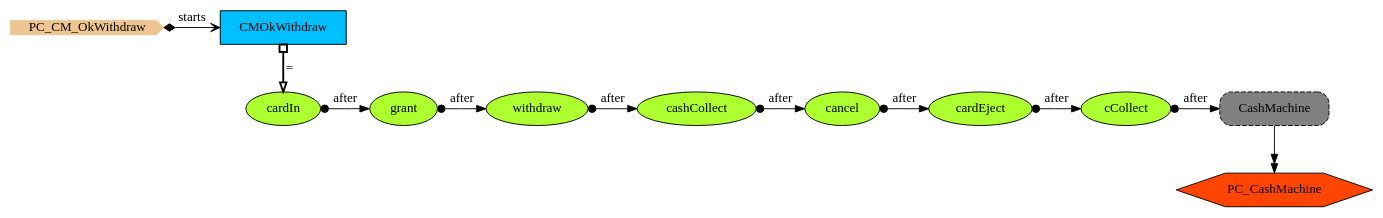
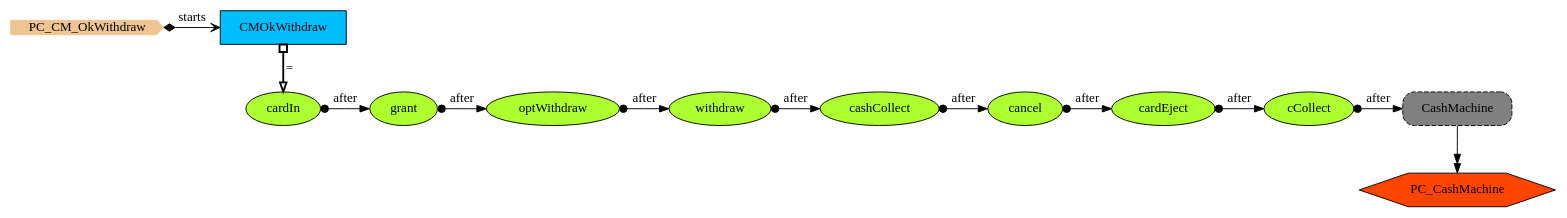
Before and after one commit to namalio/Fragmenta_PCs: the diagram in Haskell/PCs/PCs/img/PC_CM_OkWithdraw.gv, drawn with Graphviz. The commit also changed 4 other files, not shown here.

Commit message:
Further work on the cash machine example on github

```diff
--- a/Haskell/PCs/PCs/img/PC_CM_OkWithdraw.gv
+++ b/Haskell/PCs/PCs/img/PC_CM_OkWithdraw.gv
@@ -1,33 +1,36 @@
 digraph {
 StartN_ [shape = cds,color=burlywood2,style=filled,height=.2,width=.2, label =PC_CM_OkWithdraw];
 PC_CashMachine [shape=hexagon,fillcolor=orangered,style=filled,label =PC_CashMachine];
 RefCashMachine [shape=rectangle,fillcolor=gray,style="rounded,filled,dashed",label="CashMachine "];
 cCollect [shape=ellipse,fillcolor=greenyellow,style = filled,label="cCollect"];
 cardEject [shape=ellipse,fillcolor=greenyellow,style = filled,label="cardEject"];
 cancel [shape=ellipse,fillcolor=greenyellow,style = filled,label="cancel"];
 cashCollect [shape=ellipse,fillcolor=greenyellow,style = filled,label="cashCollect"];
 withdraw [shape=ellipse,fillcolor=greenyellow,style = filled,label="withdraw"];
+optWithdraw [shape=ellipse,fillcolor=greenyellow,style = filled,label="optWithdraw"];
 grant [shape=ellipse,fillcolor=greenyellow,style = filled,label="grant"];
 cardIn [shape=ellipse,fillcolor=greenyellow,style = filled,label="cardIn"];
 CMOkWithdraw [shape=box,fillcolor=deepskyblue,style = filled,label="CMOkWithdraw "];
 
 {rank=min;StartN_,CMOkWithdraw}
-{rank=same;cardIn,grant,withdraw,cashCollect,cancel,cardEject,cCollect,RefCashMachine}
-{rank=same;grant,withdraw,cashCollect,cancel,cardEject,cCollect,RefCashMachine}
+{rank=same;cardIn,grant,optWithdraw,withdraw,cashCollect,cancel,cardEject,cCollect,RefCashMachine}
+{rank=same;grant,optWithdraw,withdraw,cashCollect,cancel,cardEject,cCollect,RefCashMachine}
+{rank=same;optWithdraw,withdraw,cashCollect,cancel,cardEject,cCollect,RefCashMachine}
 {rank=same;withdraw,cashCollect,cancel,cardEject,cCollect,RefCashMachine}
 {rank=same;cashCollect,cancel,cardEject,cCollect,RefCashMachine}
 {rank=same;cancel,cardEject,cCollect,RefCashMachine}
 {rank=same;cardEject,cCollect,RefCashMachine}
 {rank=same;cCollect,RefCashMachine}
 
 cCollect->RefCashMachine[arrowtail=dot,dir=both,label="after"];
 RefCashMachine->PC_CashMachine[arrowhead="normalnormal",label=" "];
 cardEject->cCollect[arrowtail=dot,dir=both,label="after"];
 cancel->cardEject[arrowtail=dot,dir=both,label="after"];
 cashCollect->cancel[arrowtail=dot,dir=both,label="after"];
 withdraw->cashCollect[arrowtail=dot,dir=both,label="after"];
-grant->withdraw[arrowtail=dot,dir=both,label="after"];
+optWithdraw->withdraw[arrowtail=dot,dir=both,label="after"];
+grant->optWithdraw[arrowtail=dot,dir=both,label="after"];
 cardIn->grant[arrowtail=dot,dir=both,label="after"];
 StartN_->CMOkWithdraw[arrowhead="open",arrowtail=diamond,dir=both,label="starts"];
 CMOkWithdraw->cardIn[arrowhead="onormal",dir=both,arrowtail=obox,penwidth=2,label="="];
 }
```
